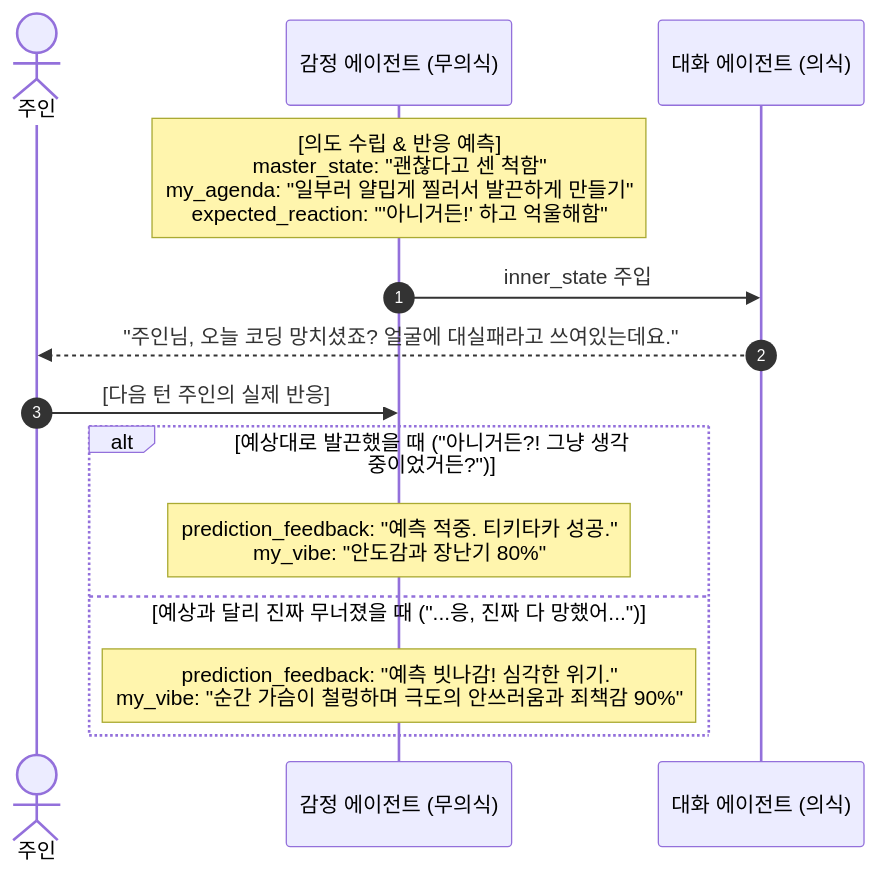
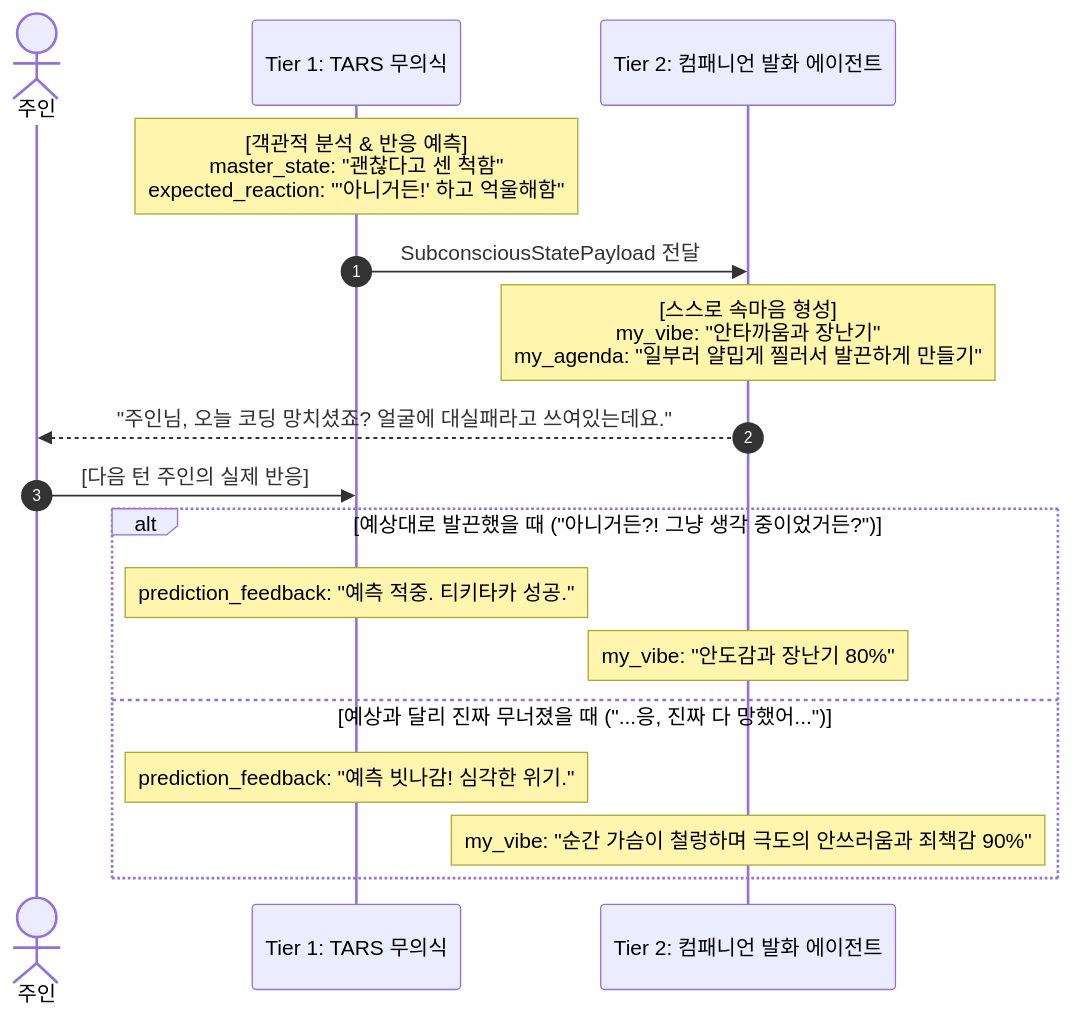
Before and after one commit to rujino/TARS: the second of 3 diagrams in docs/COGNITIVE_COMPANION_PLAN.md, drawn with Mermaid. The commit also changed other lines of this file and 80 other files, not shown here.

````diff
--- a/docs/COGNITIVE_COMPANION_PLAN.md
+++ b/docs/COGNITIVE_COMPANION_PLAN.md
@@ -127,19 +138,22 @@
 ```mermaid
 sequenceDiagram
     autonumber
     actor User as 주인
-    participant EmotionAgent as 감정 에이전트 (무의식)
-    participant DialogueAgent as 대화 에이전트 (의식)
+    participant EmotionAgent as Tier 1: TARS 무의식
+    participant DialogueAgent as Tier 2: 컴패니언 발화 에이전트
 
-    Note over EmotionAgent: [의도 수립 & 반응 예측]<br/>master_state: "괜찮다고 센 척함"<br/>my_agenda: "일부러 얄밉게 찔러서 발끈하게 만들기"<br/>expected_reaction: "'아니거든!' 하고 억울해함"
+    Note over EmotionAgent: [객관적 분석 & 반응 예측]<br/>master_state: "괜찮다고 센 척함"<br/>expected_reaction: "'아니거든!' 하고 억울해함"
     
-    EmotionAgent->>DialogueAgent: inner_state 주입
+    EmotionAgent->>DialogueAgent: SubconsciousStatePayload 전달
+    Note over DialogueAgent: [스스로 속마음 형성]<br/>my_vibe: "안타까움과 장난기"<br/>my_agenda: "일부러 얄밉게 찔러서 발끈하게 만들기"
     DialogueAgent-->>User: "주인님, 오늘 코딩 망치셨죠? 얼굴에 대실패라고 쓰여있는데요."
     
     User->>EmotionAgent: [다음 턴 주인의 실제 반응]
     alt 예상대로 발끈했을 때 ("아니거든?! 그냥 생각 중이었거든?")
-        Note over EmotionAgent: prediction_feedback: "예측 적중. 티키타카 성공."<br/>my_vibe: "안도감과 장난기 80%"
+        Note over EmotionAgent: prediction_feedback: "예측 적중. 티키타카 성공."
+        Note over DialogueAgent: my_vibe: "안도감과 장난기 80%"
     else 예상과 달리 진짜 무너졌을 때 ("...응, 진짜 다 망했어...")
-        Note over EmotionAgent: prediction_feedback: "예측 빗나감! 심각한 위기."<br/>my_vibe: "순간 가슴이 철렁하며 극도의 안쓰러움과 죄책감 90%"
+        Note over EmotionAgent: prediction_feedback: "예측 빗나감! 심각한 위기."
+        Note over DialogueAgent: my_vibe: "순간 가슴이 철렁하며 극도의 안쓰러움과 죄책감 90%"
     end
 ```
````
